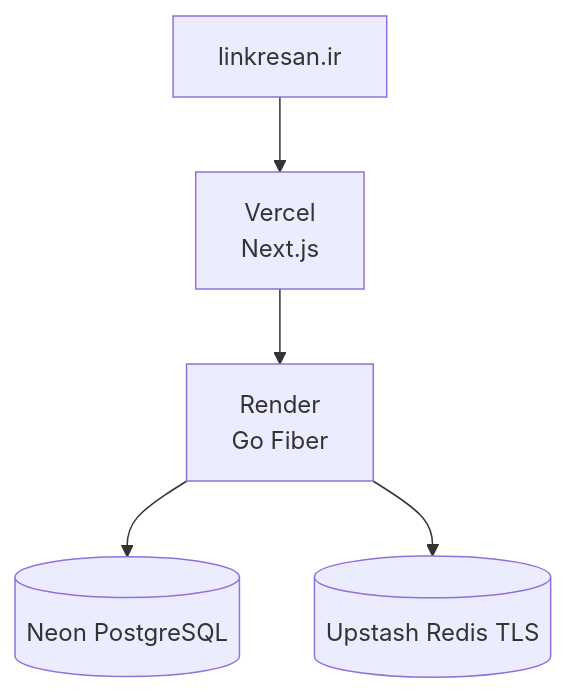
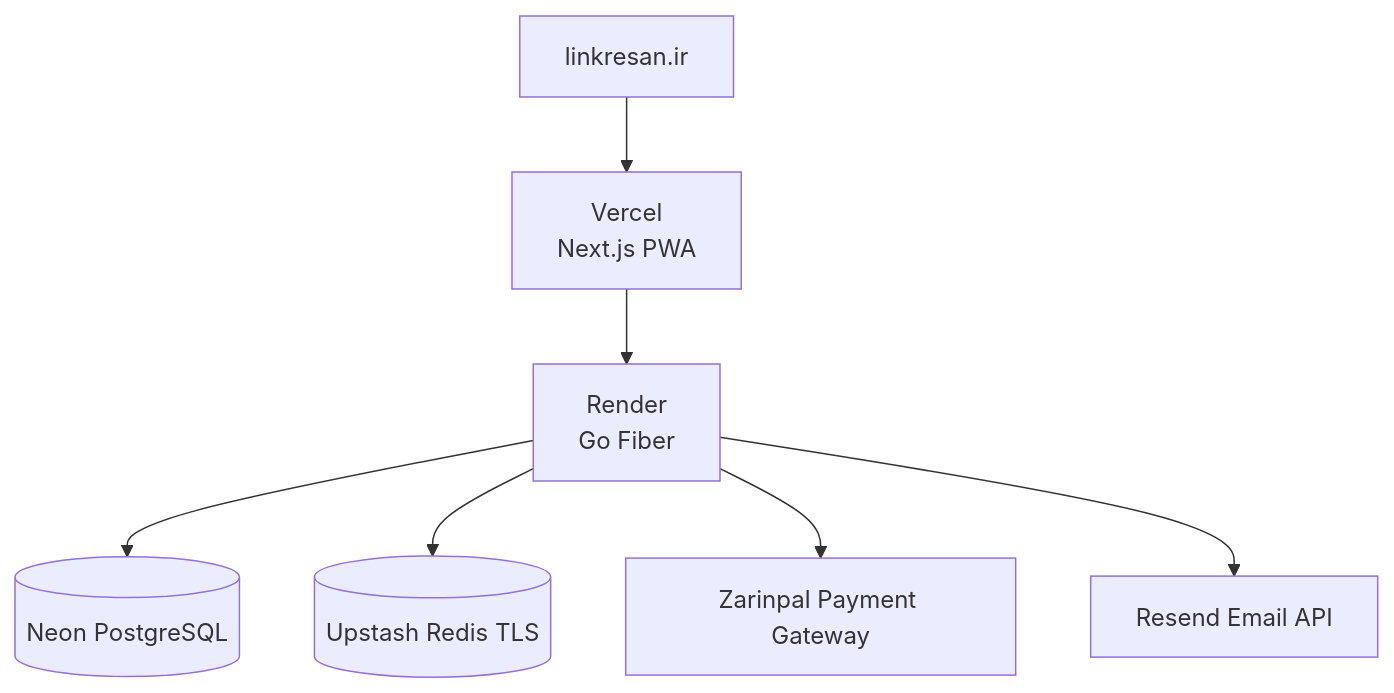
The second of 2 diagrams in README.md (AmirMotefaker/LinkResan), drawn with Mermaid before and after one commit. The commit also changed other lines of this file, not shown here.

````diff
--- a/README.md
+++ b/README.md
@@ -1164,7 +394,9 @@
 ```mermaid
 flowchart TB
-    DOMAIN["linkresan.ir"] --> WEB["Vercel<br/>Next.js"]
+    DOMAIN["linkresan.ir"] --> WEB["Vercel<br/>Next.js PWA"]
     WEB --> API["Render<br/>Go Fiber"]
     API --> PG[("Neon PostgreSQL")]
     API --> RD[("Upstash Redis TLS")]
+    API --> ZP["Zarinpal Payment Gateway"]
+    API --> RS["Resend Email API"]
 ```
````
